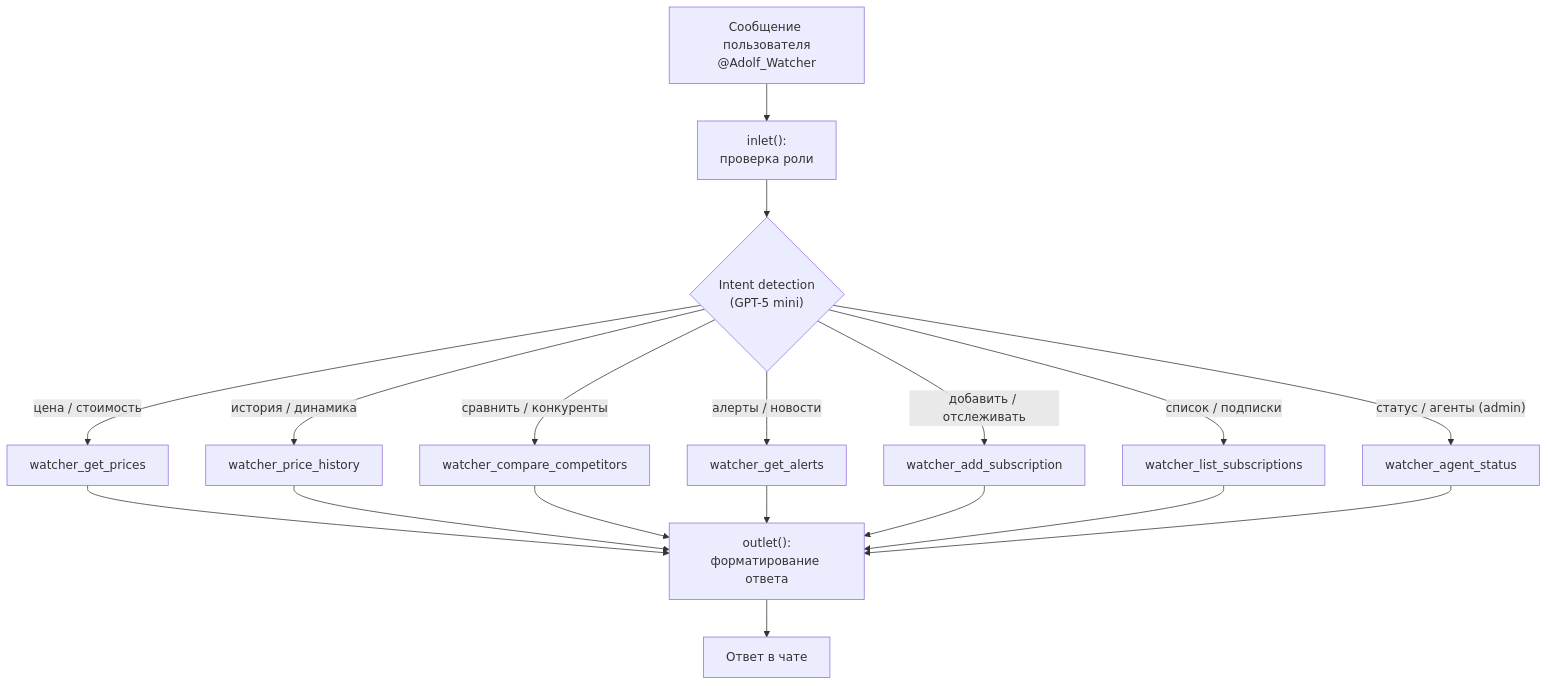
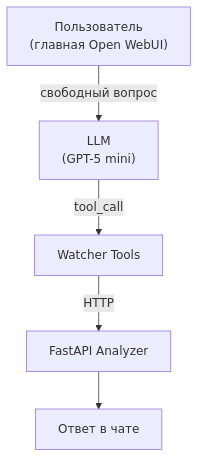
The seventh of 7 diagrams in watcher/adolf_watcher_6_analyzer_open_webui.md (Sign25/Docs), drawn with Mermaid before and after one commit. The commit also changed other lines of this file, not shown here.

Commit message:
Watcher v4.2: Раздел 6 — дашборд с баннерами (вместо чат-интерфейса), AI-чат отдельно на главной

````diff
--- a/watcher/adolf_watcher_6_analyzer_open_webui.md
+++ b/watcher/adolf_watcher_6_analyzer_open_webui.md
@@ -457,17 +440,7 @@
 ```mermaid
 flowchart TB
-    MSG["Сообщение пользователя<br/>@Adolf_Watcher"] --> INLET["inlet():<br/>проверка роли"]
-
-    INLET --> INTENT{"Intent detection<br/>(GPT-5 mini)"}
-
-    INTENT -->|"цена / стоимость"| T1["watcher_get_prices"]
-    INTENT -->|"история / динамика"| T2["watcher_price_history"]
-    INTENT -->|"сравнить / конкуренты"| T3["watcher_compare_competitors"]
-    INTENT -->|"алерты / новости"| T4["watcher_get_alerts"]
-    INTENT -->|"добавить / отслеживать"| T5["watcher_add_subscription"]
-    INTENT -->|"список / подписки"| T6["watcher_list_subscriptions"]
-    INTENT -->|"статус / агенты (admin)"| T7["watcher_agent_status"]
-
-    T1 & T2 & T3 & T4 & T5 & T6 & T7 --> OUTLET["outlet():<br/>форматирование ответа"]
-    OUTLET --> RESP["Ответ в чате"]
+    USER["Пользователь<br/>(главная Open WebUI)"] -->|"свободный вопрос"| LLM["LLM<br/>(GPT-5 mini)"]
+    LLM -->|"tool_call"| TOOLS["Watcher Tools"]
+    TOOLS -->|"HTTP"| FAST["FastAPI Analyzer"]
+    FAST --> RESP["Ответ в чате"]
 ```
````
